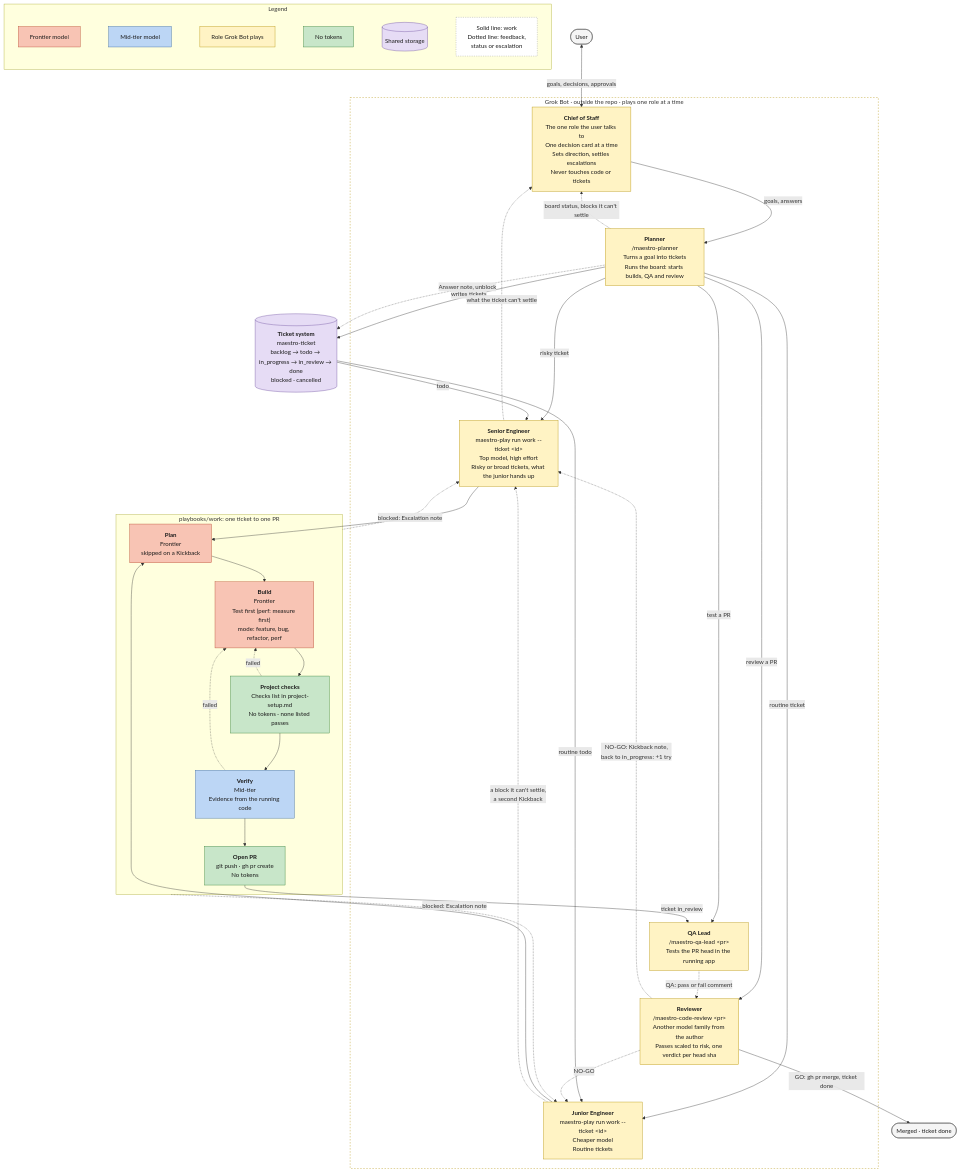
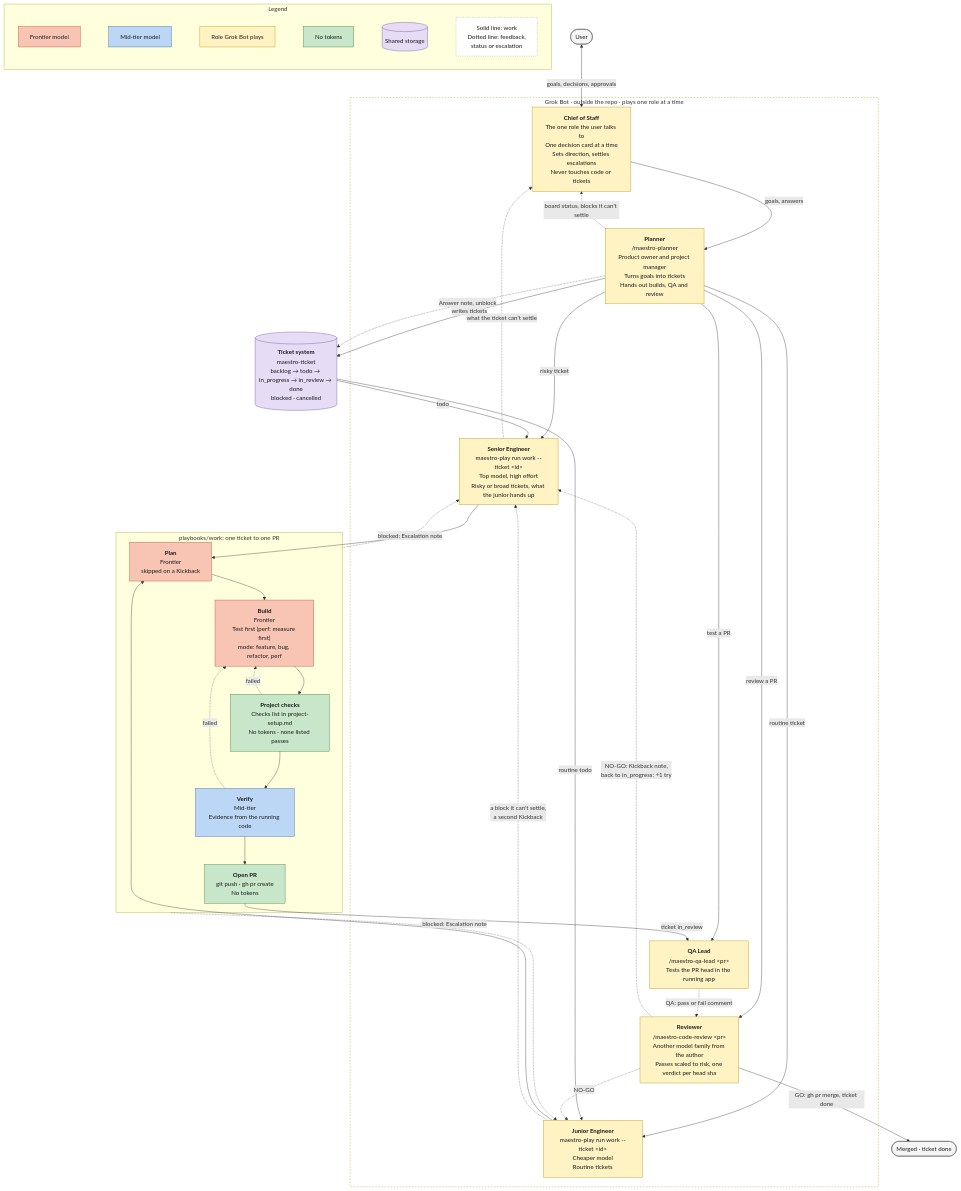
Before and after one commit to ProlesDei/maestro: the diagram in docs/team.mermaid, drawn with Mermaid. The commit also changed 4 other files, not shown here.

First line of the commit message:
Docs: match the planner's hand-off flow and drop a dead anchor

```diff
--- a/docs/team.mermaid
+++ b/docs/team.mermaid
@@ -1,84 +1,84 @@
 flowchart TD
     User([User])
 
     subgraph Grok ["Grok Bot · outside the repo · plays one role at a time"]
         CoS["<b>Chief of Staff</b><br/>The one role the user talks to<br/>One decision card at a time<br/>Sets direction, settles escalations<br/>Never touches code or tickets"]
-        Planner["<b>Planner</b><br/>/maestro-planner<br/>Turns a goal into tickets<br/>Runs the board: starts builds, QA and review"]
+        Planner["<b>Planner</b><br/>/maestro-planner<br/>Product owner and project manager<br/>Turns goals into tickets<br/>Hands out builds, QA and review"]
         Sr["<b>Senior Engineer</b><br/>maestro-play run work --ticket &lt;id&gt;<br/>Top model, high effort<br/>Risky or broad tickets, what the junior hands up"]
         Jr["<b>Junior Engineer</b><br/>maestro-play run work --ticket &lt;id&gt;<br/>Cheaper model<br/>Routine tickets"]
         QA["<b>QA Lead</b><br/>/maestro-qa-lead &lt;pr&gt;<br/>Tests the PR head in the running app"]
         Rev["<b>Reviewer</b><br/>/maestro-code-review &lt;pr&gt;<br/>Another model family from the author<br/>Passes scaled to risk, one verdict per head sha"]
     end
 
     Tickets[("<b>Ticket system</b><br/>maestro-ticket<br/>backlog → todo → in_progress → in_review → done<br/>blocked · cancelled")]
 
     subgraph Work ["playbooks/work: one ticket to one PR"]
         Plan["<b>Plan</b><br/>Frontier<br/>skipped on a Kickback"]
         Build["<b>Build</b><br/>Frontier<br/>Test first (perf: measure first)<br/>mode: feature, bug, refactor, perf"]
         Checks["<b>Project checks</b><br/>Checks list in project-setup.md<br/>No tokens · none listed passes"]
         Verify["<b>Verify</b><br/>Mid-tier<br/>Evidence from the running code"]
         PR["<b>Open PR</b><br/>git push · gh pr create<br/>No tokens"]
     end
 
     Done([Merged · ticket done])
 
     %% User and Chief of Staff
     User <-->|"goals, decisions, approvals"| CoS
 
     %% The Chief of Staff leads through the Planner
     CoS -->|"goals, answers"| Planner
     Planner -.->|"board status, blocks it can't settle"| CoS
 
-    %% The Planner starts each job
+    %% The Planner hands out each job
     Planner -->|"risky ticket"| Sr
     Planner -->|"routine ticket"| Jr
     Planner -->|"test a PR"| QA
     Planner -->|"review a PR"| Rev
 
     %% Planning
     Planner -->|"writes tickets"| Tickets
     Tickets -->|"todo"| Sr
     Tickets -->|"routine todo"| Jr
 
     %% Build
     Sr --> Plan
     Jr --> Plan
     Plan --> Build --> Checks --> Verify --> PR
     Checks -.->|"failed"| Build
     Verify -.->|"failed"| Build
     Work -.->|"blocked: Escalation note"| Sr
     Work -.->|"blocked: Escalation note"| Jr
     Jr -.->|"a block it can't settle,<br/>a second Kickback"| Sr
     Sr -.->|"what the ticket can't settle"| CoS
     Planner -.->|"Answer note, unblock"| Tickets
 
     %% Test and review
     PR -->|"ticket in_review"| QA
     QA -.->|"QA: pass or fail comment"| Rev
     Rev -->|"GO: gh pr merge, ticket done"| Done
     Rev -.->|"NO-GO: Kickback note,<br/>back to in_progress: +1 try"| Sr
     Rev -.->|"NO-GO"| Jr
 
     %% Legend
     subgraph Legend ["Legend"]
         direction LR
         L1["Frontier model"] ~~~ L2["Mid-tier model"] ~~~ L6["Role Grok Bot plays"] ~~~ L3["No tokens"] ~~~ L4[("Shared storage")] ~~~ L5["Solid line: work<br/>Dotted line: feedback,<br/>status or escalation"]
     end
 
     %% Styles by cost tier
     classDef frontier fill:#f8c4b4,stroke:#b5472b,color:#1a1a1a
     classDef mid fill:#bcd6f5,stroke:#2f5f9e,color:#1a1a1a
     classDef free fill:#c8e6c9,stroke:#2e7d32,color:#1a1a1a
     classDef storage fill:#e6dcf5,stroke:#6a4c9c,color:#1a1a1a
     classDef person fill:#f5f5f5,stroke:#555,color:#1a1a1a
     classDef bot fill:#fff3c4,stroke:#b38f00,color:#1a1a1a
     classDef note fill:#ffffff,stroke:#999,color:#1a1a1a,stroke-dasharray:3 3
 
     class Plan,Build,L1 frontier
     class Verify,L2 mid
     class Checks,PR,L3 free
     class Tickets,L4 storage
     class User,Done person
     class CoS,Planner,Sr,Jr,QA,Rev,L6 bot
     class L5 note
     style Grok fill:none,stroke:#b38f00,stroke-dasharray:4 4
```
